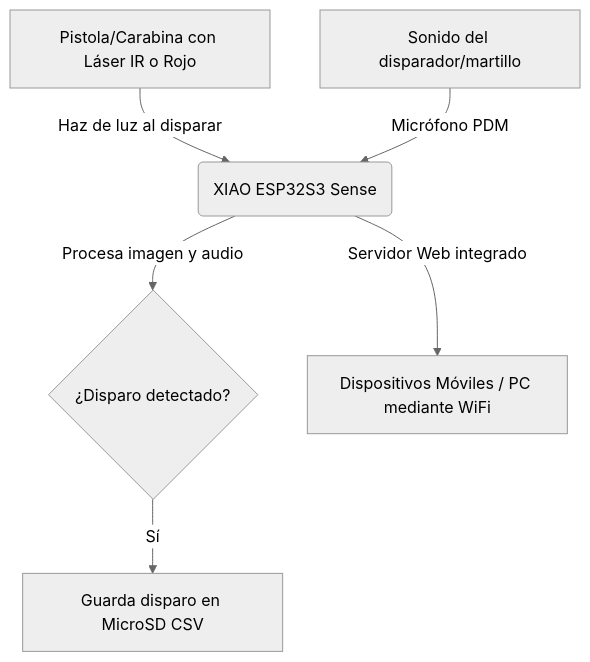
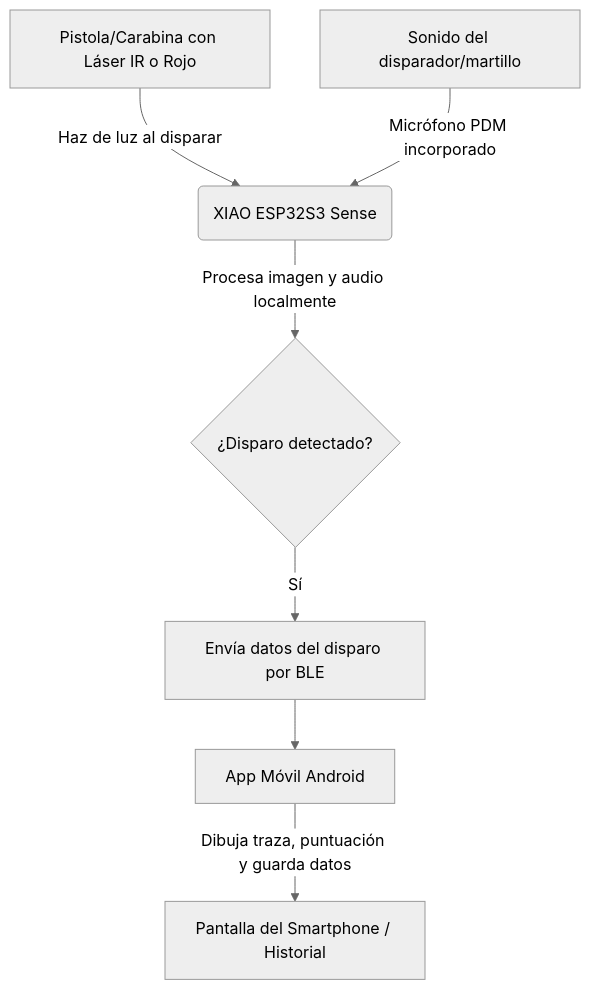
Before and after one commit to luisleon757/Splatt-Elite: the diagram in hardware/Docs/GUIA_USO.md, drawn with Mermaid (neutral theme). The commit also changed other lines of this file, not shown here.

Commit message:
docs: actualizar GUIA_USO.md para reflejar arquitectura BLE y app Android

````diff
--- a/hardware/Docs/GUIA_USO.md
+++ b/hardware/Docs/GUIA_USO.md
@@ -23,8 +26,9 @@
 ```mermaid
 graph TD
     A[Pistola/Carabina con Láser IR o Rojo] -->|Haz de luz al disparar| B(XIAO ESP32S3 Sense)
-    C[Sonido del disparador/martillo] -->|Micrófono PDM| B
-    B -->|Procesa imagen y audio| D{¿Disparo detectado?}
-    D -->|Sí| E[Guarda disparo en MicroSD CSV]
-    B -->|Servidor Web integrado| F[Dispositivos Móviles / PC mediante WiFi]
+    C[Sonido del disparador/martillo] -->|Micrófono PDM incorporado| B
+    B -->|Procesa imagen y audio localmente| D{¿Disparo detectado?}
+    D -->|Sí| E[Envía datos del disparo por BLE]
+    E --> F[App Móvil Android]
+    F -->|Dibuja traza, puntuación y guarda datos| G[Pantalla del Smartphone / Historial]
 ```
````
